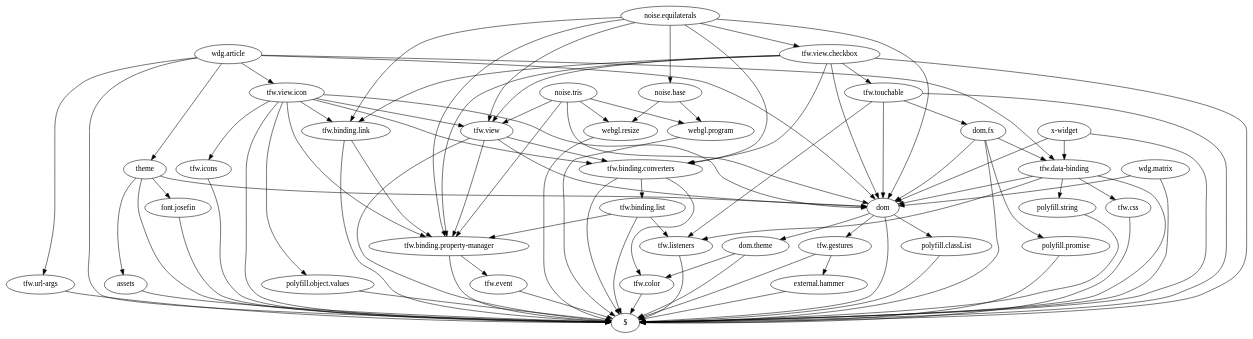
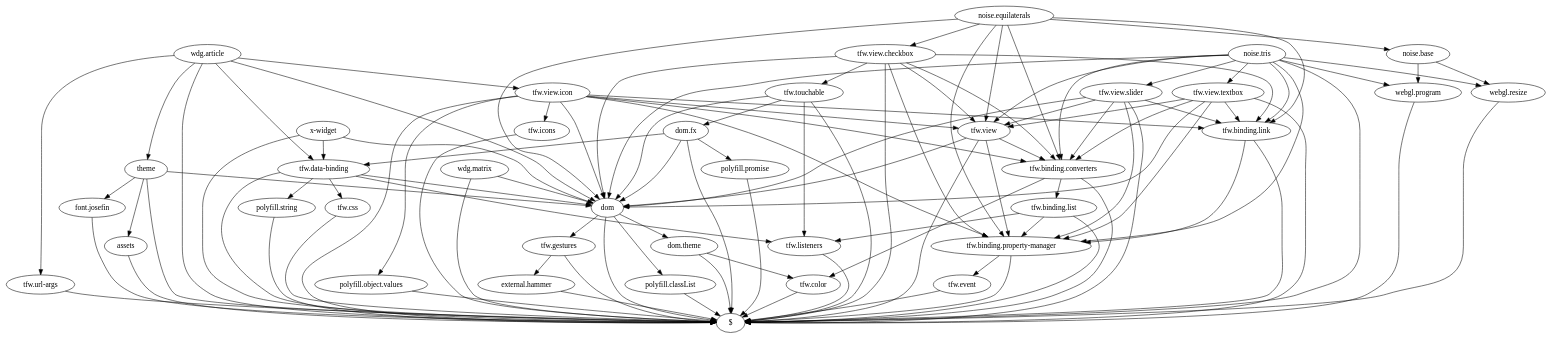
One commit to tolokoban/webgl-experiments changed the diagram in doc/noise.2.html.dot. Above: the diagram before and after it, drawn with Graphviz. The commit also changed 10 other files, not shown here.

```diff
--- a/doc/noise.2.html.dot
+++ b/doc/noise.2.html.dot
@@ -1,156 +1,188 @@
 digraph dependencies {
     "assets" -> "$"
     "wdg.article" -> "$"
 
     "wdg.article" -> "theme"
 
     "wdg.article" -> "dom"
 
     "wdg.article" -> "tfw.data-binding"
 
     "wdg.article" -> "tfw.view.icon"
 
     "wdg.article" -> "tfw.url-args"
     "tfw.url-args" -> "$"
     "tfw.view.icon" -> "$"
 
     "tfw.view.icon" -> "polyfill.object.values"
 
     "tfw.view.icon" -> "dom"
 
     "tfw.view.icon" -> "tfw.icons"
 
     "tfw.view.icon" -> "tfw.binding.property-manager"
 
     "tfw.view.icon" -> "tfw.view"
 
     "tfw.view.icon" -> "tfw.binding.link"
 
     "tfw.view.icon" -> "tfw.binding.converters"
     "tfw.binding.converters" -> "$"
 
     "tfw.binding.converters" -> "tfw.binding.list"
 
     "tfw.binding.converters" -> "tfw.color"
     "tfw.color" -> "$"
     "tfw.binding.list" -> "$"
 
     "tfw.binding.list" -> "tfw.binding.property-manager"
 
     "tfw.binding.list" -> "tfw.listeners"
     "tfw.listeners" -> "$"
     "tfw.binding.property-manager" -> "$"
 
     "tfw.binding.property-manager" -> "tfw.event"
     "tfw.event" -> "$"
     "tfw.binding.link" -> "$"
 
     "tfw.binding.link" -> "tfw.binding.property-manager"
     "tfw.view" -> "$"
 
     "tfw.view" -> "dom"
 
     "tfw.view" -> "tfw.binding.property-manager"
 
     "tfw.view" -> "tfw.binding.converters"
     "dom" -> "$"
 
     "dom" -> "polyfill.classList"
 
     "dom" -> "dom.theme"
 
     "dom" -> "tfw.gestures"
     "tfw.gestures" -> "$"
 
     "tfw.gestures" -> "external.hammer"
     "external.hammer" -> "$"
     "dom.theme" -> "$"
 
     "dom.theme" -> "tfw.color"
     "polyfill.classList" -> "$"
     "tfw.icons" -> "$"
     "polyfill.object.values" -> "$"
     "tfw.data-binding" -> "$"
 
     "tfw.data-binding" -> "polyfill.string"
 
     "tfw.data-binding" -> "dom"
 
     "tfw.data-binding" -> "tfw.css"
 
     "tfw.data-binding" -> "tfw.listeners"
     "tfw.css" -> "$"
     "polyfill.string" -> "$"
     "theme" -> "$"
 
     "theme" -> "assets"
 
     "theme" -> "font.josefin"
 
     "theme" -> "dom"
     "font.josefin" -> "$"
     "x-widget" -> "$"
 
     "x-widget" -> "dom"
 
     "x-widget" -> "tfw.data-binding"
+    "noise.tris" -> "$"
+
     "noise.tris" -> "dom"
 
     "noise.tris" -> "webgl.resize"
 
     "noise.tris" -> "webgl.program"
 
     "noise.tris" -> "tfw.binding.property-manager"
 
     "noise.tris" -> "tfw.view"
+
+    "noise.tris" -> "tfw.binding.link"
+
+    "noise.tris" -> "tfw.binding.converters"
+
+    "noise.tris" -> "tfw.view.slider"
+
+    "noise.tris" -> "tfw.view.textbox"
+    "tfw.view.textbox" -> "$"
+
+    "tfw.view.textbox" -> "dom"
+
+    "tfw.view.textbox" -> "tfw.binding.property-manager"
+
+    "tfw.view.textbox" -> "tfw.view"
+
+    "tfw.view.textbox" -> "tfw.binding.link"
+
+    "tfw.view.textbox" -> "tfw.binding.converters"
+    "tfw.view.slider" -> "$"
+
+    "tfw.view.slider" -> "dom"
+
+    "tfw.view.slider" -> "tfw.binding.property-manager"
+
+    "tfw.view.slider" -> "tfw.view"
+
+    "tfw.view.slider" -> "tfw.binding.link"
+
+    "tfw.view.slider" -> "tfw.binding.converters"
     "webgl.program" -> "$"
     "webgl.resize" -> "$"
     "wdg.matrix" -> "$"
 
     "wdg.matrix" -> "dom"
     "noise.equilaterals" -> "noise.base"
 
     "noise.equilaterals" -> "dom"
 
     "noise.equilaterals" -> "tfw.binding.property-manager"
 
     "noise.equilaterals" -> "tfw.view"
 
     "noise.equilaterals" -> "tfw.binding.link"
 
     "noise.equilaterals" -> "tfw.binding.converters"
 
     "noise.equilaterals" -> "tfw.view.checkbox"
     "tfw.view.checkbox" -> "$"
 
     "tfw.view.checkbox" -> "tfw.binding.property-manager"
 
     "tfw.view.checkbox" -> "tfw.touchable"
 
     "tfw.view.checkbox" -> "dom"
 
     "tfw.view.checkbox" -> "tfw.view"
 
     "tfw.view.checkbox" -> "tfw.binding.link"
 
     "tfw.view.checkbox" -> "tfw.binding.converters"
     "tfw.touchable" -> "$"
 
     "tfw.touchable" -> "dom"
 
     "tfw.touchable" -> "dom.fx"
 
     "tfw.touchable" -> "tfw.listeners"
     "dom.fx" -> "$"
 
     "dom.fx" -> "polyfill.promise"
 
     "dom.fx" -> "dom"
 
     "dom.fx" -> "tfw.data-binding"
     "polyfill.promise" -> "$"
     "noise.base" -> "webgl.resize"
 
     "noise.base" -> "webgl.program"
 
 }
```
